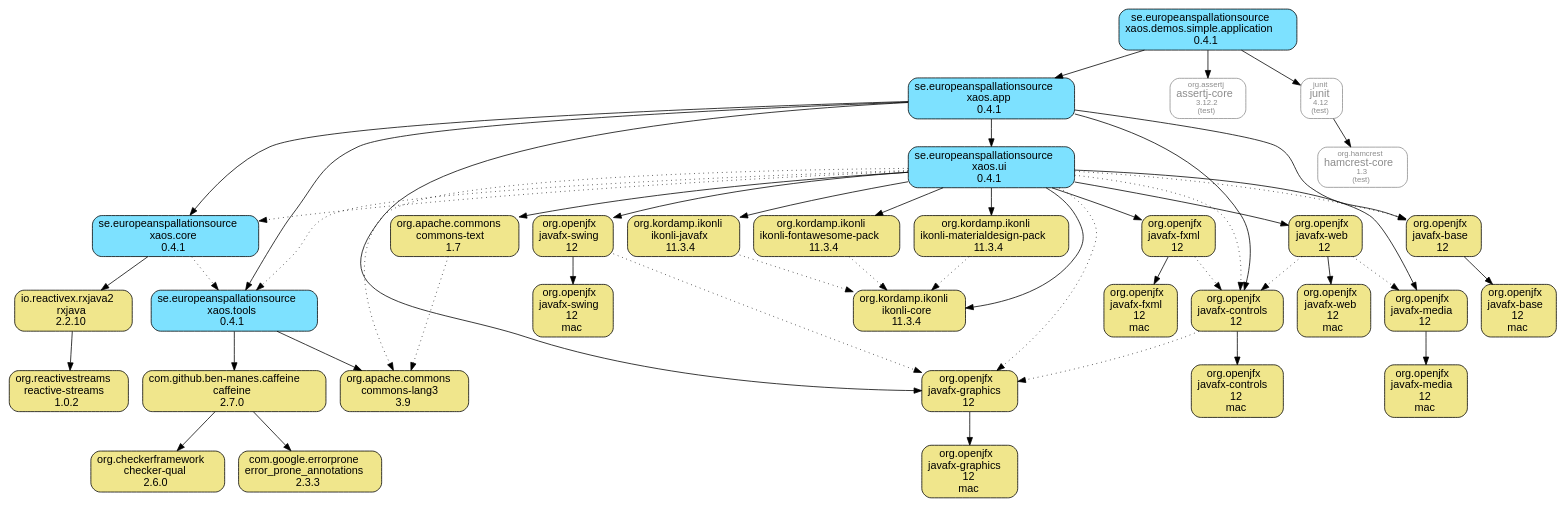
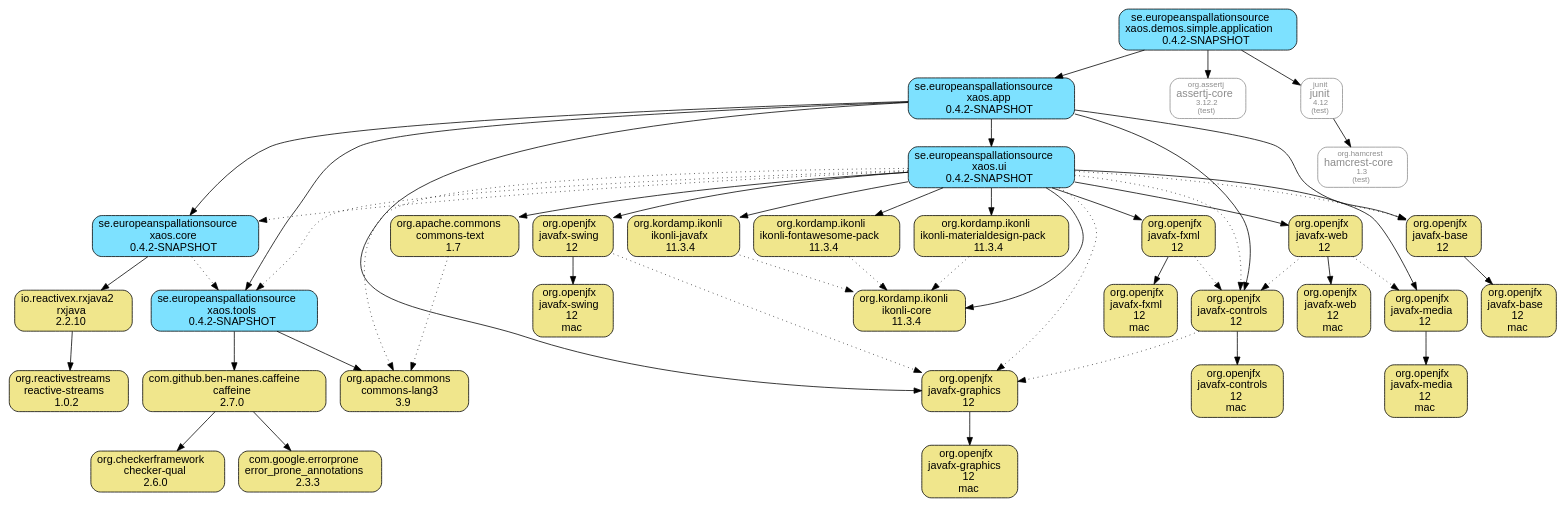
The diagram in xaos.demos.module/xaos.demos.simple.application.module/doc/maven-dependencies.dot (ESSICS/XAOS), drawn with Graphviz before and after one commit. The commit also changed 54 other files, not shown here.

```diff
--- a/xaos.demos.module/xaos.demos.simple.application.module/doc/maven-dependencies.dot
+++ b/xaos.demos.module/xaos.demos.simple.application.module/doc/maven-dependencies.dot
@@ -1,89 +1,89 @@
 digraph "xaos.demos.simple.application" {
   node [shape="box",style="rounded",fontname="Helvetica",fontsize="14"]
   edge [fontsize="10",fontname="Helvetica"]
 
   // Node Definitions:
   "org.openjfx:javafx-base:jar"[shape="box",style="rounded, filled",fillcolor="khaki",label=<org.openjfx<br/>javafx-base<br/>12>]
   "org.openjfx:javafx-base:jar:mac"[shape="box",style="rounded, filled",fillcolor="khaki",label=<org.openjfx<br/>javafx-base<br/>12<br/>mac>]
-  "se.europeanspallationsource:xaos.app:jar"[shape="box",style="rounded, filled",fillcolor="#7DE1FF",label=<se.europeanspallationsource<br/>xaos.app<br/>0.4.1>]
+  "se.europeanspallationsource:xaos.app:jar"[shape="box",style="rounded, filled",fillcolor="#7DE1FF",label=<se.europeanspallationsource<br/>xaos.app<br/>0.4.2-SNAPSHOT>]
   "org.openjfx:javafx-controls:jar"[shape="box",style="rounded, filled",fillcolor="khaki",label=<org.openjfx<br/>javafx-controls<br/>12>]
   "org.openjfx:javafx-controls:jar:mac"[shape="box",style="rounded, filled",fillcolor="khaki",label=<org.openjfx<br/>javafx-controls<br/>12<br/>mac>]
   "org.openjfx:javafx-graphics:jar"[shape="box",style="rounded, filled",fillcolor="khaki",label=<org.openjfx<br/>javafx-graphics<br/>12>]
   "org.openjfx:javafx-graphics:jar:mac"[shape="box",style="rounded, filled",fillcolor="khaki",label=<org.openjfx<br/>javafx-graphics<br/>12<br/>mac>]
-  "se.europeanspallationsource:xaos.tools:jar"[shape="box",style="rounded, filled",fillcolor="#7DE1FF",label=<se.europeanspallationsource<br/>xaos.tools<br/>0.4.1>]
+  "se.europeanspallationsource:xaos.tools:jar"[shape="box",style="rounded, filled",fillcolor="#7DE1FF",label=<se.europeanspallationsource<br/>xaos.tools<br/>0.4.2-SNAPSHOT>]
   "org.apache.commons:commons-lang3:jar"[shape="box",style="rounded, filled",fillcolor="khaki",label=<org.apache.commons<br/>commons-lang3<br/>3.9>]
   "com.github.ben-manes.caffeine:caffeine:jar"[shape="box",style="rounded, filled",fillcolor="khaki",label=<com.github.ben-manes.caffeine<br/>caffeine<br/>2.7.0>]
   "org.checkerframework:checker-qual:jar"[shape="box",style="rounded, filled",fillcolor="khaki",label=<org.checkerframework<br/>checker-qual<br/>2.6.0>]
   "com.google.errorprone:error_prone_annotations:jar"[shape="box",style="rounded, filled",fillcolor="khaki",label=<com.google.errorprone<br/>error_prone_annotations<br/>2.3.3>]
   "io.reactivex.rxjava2:rxjava:jar"[shape="box",style="rounded, filled",fillcolor="khaki",label=<io.reactivex.rxjava2<br/>rxjava<br/>2.2.10>]
   "org.reactivestreams:reactive-streams:jar"[shape="box",style="rounded, filled",fillcolor="khaki",label=<org.reactivestreams<br/>reactive-streams<br/>1.0.2>]
-  "se.europeanspallationsource:xaos.core:jar"[shape="box",style="rounded, filled",fillcolor="#7DE1FF",label=<se.europeanspallationsource<br/>xaos.core<br/>0.4.1>]
-  "se.europeanspallationsource:xaos.ui:jar"[shape="box",style="rounded, filled",fillcolor="#7DE1FF",label=<se.europeanspallationsource<br/>xaos.ui<br/>0.4.1>]
+  "se.europeanspallationsource:xaos.core:jar"[shape="box",style="rounded, filled",fillcolor="#7DE1FF",label=<se.europeanspallationsource<br/>xaos.core<br/>0.4.2-SNAPSHOT>]
+  "se.europeanspallationsource:xaos.ui:jar"[shape="box",style="rounded, filled",fillcolor="#7DE1FF",label=<se.europeanspallationsource<br/>xaos.ui<br/>0.4.2-SNAPSHOT>]
   "org.openjfx:javafx-fxml:jar"[shape="box",style="rounded, filled",fillcolor="khaki",label=<org.openjfx<br/>javafx-fxml<br/>12>]
   "org.openjfx:javafx-fxml:jar:mac"[shape="box",style="rounded, filled",fillcolor="khaki",label=<org.openjfx<br/>javafx-fxml<br/>12<br/>mac>]
   "org.openjfx:javafx-media:jar"[shape="box",style="rounded, filled",fillcolor="khaki",label=<org.openjfx<br/>javafx-media<br/>12>]
   "org.openjfx:javafx-media:jar:mac"[shape="box",style="rounded, filled",fillcolor="khaki",label=<org.openjfx<br/>javafx-media<br/>12<br/>mac>]
   "org.openjfx:javafx-swing:jar"[shape="box",style="rounded, filled",fillcolor="khaki",label=<org.openjfx<br/>javafx-swing<br/>12>]
   "org.openjfx:javafx-swing:jar:mac"[shape="box",style="rounded, filled",fillcolor="khaki",label=<org.openjfx<br/>javafx-swing<br/>12<br/>mac>]
   "org.openjfx:javafx-web:jar"[shape="box",style="rounded, filled",fillcolor="khaki",label=<org.openjfx<br/>javafx-web<br/>12>]
   "org.openjfx:javafx-web:jar:mac"[shape="box",style="rounded, filled",fillcolor="khaki",label=<org.openjfx<br/>javafx-web<br/>12<br/>mac>]
   "org.apache.commons:commons-text:jar"[shape="box",style="rounded, filled",fillcolor="khaki",label=<org.apache.commons<br/>commons-text<br/>1.7>]
   "org.kordamp.ikonli:ikonli-core:jar"[shape="box",style="rounded, filled",fillcolor="khaki",label=<org.kordamp.ikonli<br/>ikonli-core<br/>11.3.4>]
   "org.kordamp.ikonli:ikonli-javafx:jar"[shape="box",style="rounded, filled",fillcolor="khaki",label=<org.kordamp.ikonli<br/>ikonli-javafx<br/>11.3.4>]
   "org.kordamp.ikonli:ikonli-fontawesome-pack:jar"[shape="box",style="rounded, filled",fillcolor="khaki",label=<org.kordamp.ikonli<br/>ikonli-fontawesome-pack<br/>11.3.4>]
   "org.kordamp.ikonli:ikonli-materialdesign-pack:jar"[shape="box",style="rounded, filled",fillcolor="khaki",label=<org.kordamp.ikonli<br/>ikonli-materialdesign-pack<br/>11.3.4>]
-  "se.europeanspallationsource:xaos.demos.simple.application:jar"[shape="box",style="rounded, filled",fillcolor="#7DE1FF",label=<se.europeanspallationsource<br/>xaos.demos.simple.application<br/>0.4.1>]
+  "se.europeanspallationsource:xaos.demos.simple.application:jar"[shape="box",style="rounded, filled",fillcolor="#7DE1FF",label=<se.europeanspallationsource<br/>xaos.demos.simple.application<br/>0.4.2-SNAPSHOT>]
   "org.assertj:assertj-core:jar"[shape="box",style="rounded",color="grey55",fontname="Helvetica",fontsize="14",fontcolor="grey55",label=<<font color="grey55" point-size="10">org.assertj</font><br/>assertj-core<font color="grey55" point-size="10"><br/>3.12.2</font><font color="grey55" point-size="10"><br/>(test)</font>>]
   "junit:junit:jar"[shape="box",style="rounded",color="grey55",fontname="Helvetica",fontsize="14",fontcolor="grey55",label=<<font color="grey55" point-size="10">junit</font><br/>junit<font color="grey55" point-size="10"><br/>4.12</font><font color="grey55" point-size="10"><br/>(test)</font>>]
   "org.hamcrest:hamcrest-core:jar"[shape="box",style="rounded",color="grey55",fontname="Helvetica",fontsize="14",fontcolor="grey55",label=<<font color="grey55" point-size="10">org.hamcrest</font><br/>hamcrest-core<font color="grey55" point-size="10"><br/>1.3</font><font color="grey55" point-size="10"><br/>(test)</font>>]
 
   // Edge Definitions:
   "org.openjfx:javafx-base:jar" -> "org.openjfx:javafx-base:jar:mac"
   "se.europeanspallationsource:xaos.app:jar" -> "org.openjfx:javafx-base:jar"
   "org.openjfx:javafx-controls:jar" -> "org.openjfx:javafx-controls:jar:mac"
   "org.openjfx:javafx-controls:jar" -> "org.openjfx:javafx-graphics:jar"[style="dotted"]
   "se.europeanspallationsource:xaos.app:jar" -> "org.openjfx:javafx-controls:jar"
   "org.openjfx:javafx-graphics:jar" -> "org.openjfx:javafx-graphics:jar:mac"
   "se.europeanspallationsource:xaos.app:jar" -> "org.openjfx:javafx-graphics:jar"
   "se.europeanspallationsource:xaos.tools:jar" -> "org.apache.commons:commons-lang3:jar"
   "com.github.ben-manes.caffeine:caffeine:jar" -> "org.checkerframework:checker-qual:jar"
   "com.github.ben-manes.caffeine:caffeine:jar" -> "com.google.errorprone:error_prone_annotations:jar"
   "se.europeanspallationsource:xaos.tools:jar" -> "com.github.ben-manes.caffeine:caffeine:jar"
   "se.europeanspallationsource:xaos.app:jar" -> "se.europeanspallationsource:xaos.tools:jar"
   "io.reactivex.rxjava2:rxjava:jar" -> "org.reactivestreams:reactive-streams:jar"
   "se.europeanspallationsource:xaos.core:jar" -> "io.reactivex.rxjava2:rxjava:jar"
   "se.europeanspallationsource:xaos.core:jar" -> "se.europeanspallationsource:xaos.tools:jar"[style="dotted"]
   "se.europeanspallationsource:xaos.app:jar" -> "se.europeanspallationsource:xaos.core:jar"
   "se.europeanspallationsource:xaos.ui:jar" -> "org.openjfx:javafx-base:jar"[style="dotted"]
   "se.europeanspallationsource:xaos.ui:jar" -> "org.openjfx:javafx-controls:jar"[style="dotted"]
   "org.openjfx:javafx-fxml:jar" -> "org.openjfx:javafx-fxml:jar:mac"
   "org.openjfx:javafx-fxml:jar" -> "org.openjfx:javafx-controls:jar"[style="dotted"]
   "se.europeanspallationsource:xaos.ui:jar" -> "org.openjfx:javafx-fxml:jar"
   "se.europeanspallationsource:xaos.ui:jar" -> "org.openjfx:javafx-graphics:jar"[style="dotted"]
   "org.openjfx:javafx-media:jar" -> "org.openjfx:javafx-media:jar:mac"
   "se.europeanspallationsource:xaos.ui:jar" -> "org.openjfx:javafx-media:jar"
   "org.openjfx:javafx-swing:jar" -> "org.openjfx:javafx-swing:jar:mac"
   "org.openjfx:javafx-swing:jar" -> "org.openjfx:javafx-graphics:jar"[style="dotted"]
   "se.europeanspallationsource:xaos.ui:jar" -> "org.openjfx:javafx-swing:jar"
   "org.openjfx:javafx-web:jar" -> "org.openjfx:javafx-web:jar:mac"
   "org.openjfx:javafx-web:jar" -> "org.openjfx:javafx-controls:jar"[style="dotted"]
   "org.openjfx:javafx-web:jar" -> "org.openjfx:javafx-media:jar"[style="dotted"]
   "se.europeanspallationsource:xaos.ui:jar" -> "org.openjfx:javafx-web:jar"
   "se.europeanspallationsource:xaos.ui:jar" -> "org.apache.commons:commons-lang3:jar"[style="dotted"]
   "org.apache.commons:commons-text:jar" -> "org.apache.commons:commons-lang3:jar"[style="dotted"]
   "se.europeanspallationsource:xaos.ui:jar" -> "org.apache.commons:commons-text:jar"
   "se.europeanspallationsource:xaos.ui:jar" -> "org.kordamp.ikonli:ikonli-core:jar"
   "org.kordamp.ikonli:ikonli-javafx:jar" -> "org.kordamp.ikonli:ikonli-core:jar"[style="dotted"]
   "se.europeanspallationsource:xaos.ui:jar" -> "org.kordamp.ikonli:ikonli-javafx:jar"
   "org.kordamp.ikonli:ikonli-fontawesome-pack:jar" -> "org.kordamp.ikonli:ikonli-core:jar"[style="dotted"]
   "se.europeanspallationsource:xaos.ui:jar" -> "org.kordamp.ikonli:ikonli-fontawesome-pack:jar"
   "org.kordamp.ikonli:ikonli-materialdesign-pack:jar" -> "org.kordamp.ikonli:ikonli-core:jar"[style="dotted"]
   "se.europeanspallationsource:xaos.ui:jar" -> "org.kordamp.ikonli:ikonli-materialdesign-pack:jar"
   "se.europeanspallationsource:xaos.ui:jar" -> "se.europeanspallationsource:xaos.tools:jar"[style="dotted"]
   "se.europeanspallationsource:xaos.ui:jar" -> "se.europeanspallationsource:xaos.core:jar"[style="dotted"]
   "se.europeanspallationsource:xaos.app:jar" -> "se.europeanspallationsource:xaos.ui:jar"
   "se.europeanspallationsource:xaos.demos.simple.application:jar" -> "se.europeanspallationsource:xaos.app:jar"
   "se.europeanspallationsource:xaos.demos.simple.application:jar" -> "org.assertj:assertj-core:jar"
   "junit:junit:jar" -> "org.hamcrest:hamcrest-core:jar"
   "se.europeanspallationsource:xaos.demos.simple.application:jar" -> "junit:junit:jar"
 }
```
